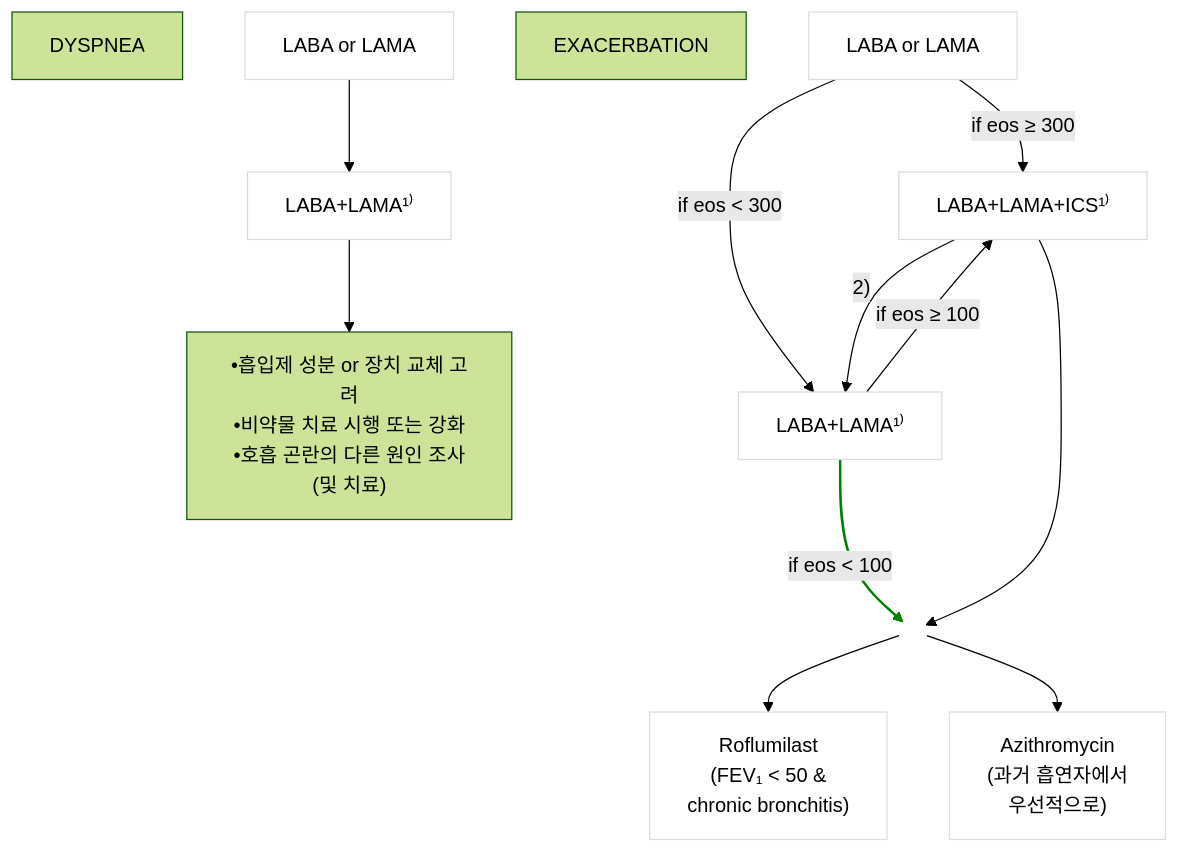
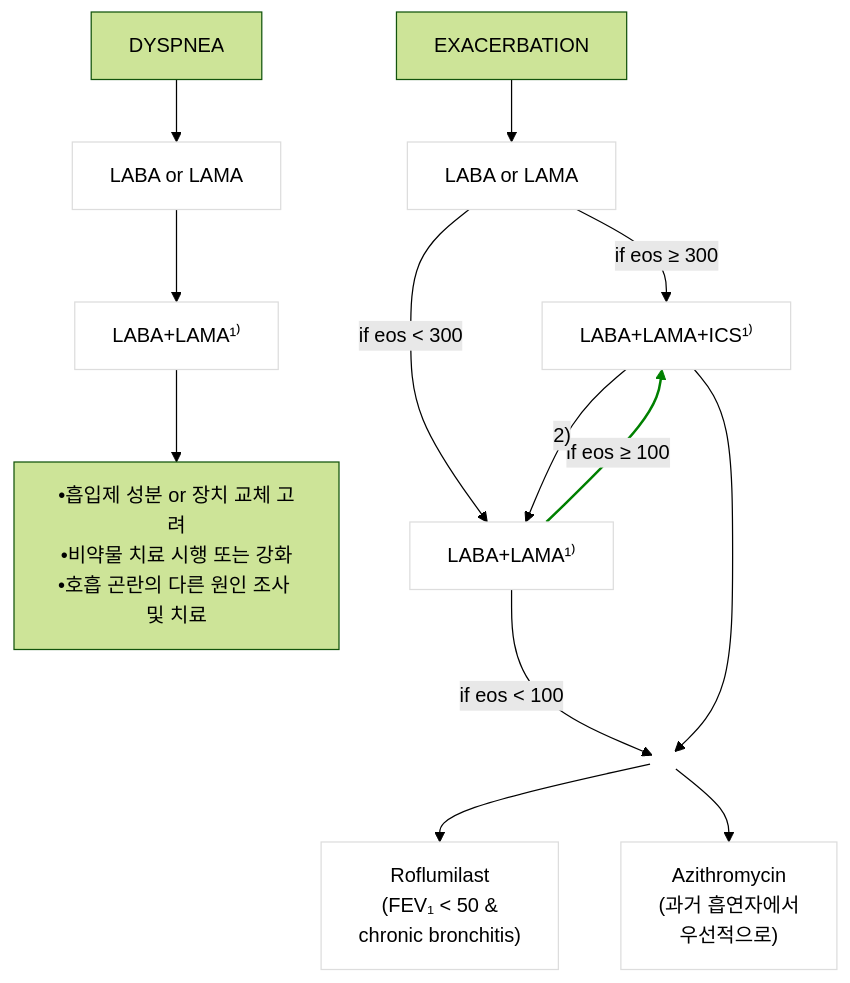
Before and after one commit to familyoh77/familyoh77: the second of 2 diagrams in 223_/072_-copd.md, drawn with Mermaid (forest theme). The commit also changed other lines of this file, not shown here.

````diff
--- a/223_/072_-copd.md
+++ b/223_/072_-copd.md
@@ -363,35 +331,32 @@
 ```mermaid
 graph TD
-%% DYSPNEA
-D0[DYSPNEA]
-        D1[LABA or LAMA] --> D2["LABA+LAMA¹⁾"]
-        D2 --> D3["•흡입제 성분 or 장치 교체 고려<br/>•비약물 치료 시행 또는 강화<br/>•호흡 곤란의 다른 원인 조사<br/>(및 치료)"]
+%% DYSPNEA pathway
+D0[DYSPNEA] --> D1[LABA or LAMA]
+    D1 --> D2["LABA+LAMA¹⁾"]
+    D2 --> D3["•흡입제 성분 or 장치 교체 고려<br/>•비약물 치료 시행 또는 강화<br/>•호흡 곤란의 다른 원인 조사 및 치료"]
 
-%% EXACERBATION
-E0[EXACERBATION ]
-        E1[LABA or LAMA]
-        E1 -- "if eos ≥ 300" --> E3["LABA+LAMA+ICS¹⁾"]
-        E1 -- "if eos < 300" --> E2["LABA+LAMA¹⁾"]
-        
-        E2 -- "if eos ≥ 100" --> E3
-        E3 -- "2)" --> E2
-        
-        E2 -- "if eos < 100" --> E4{ }
-        E3 --> E4
-        
-        E4 --> E5["Roflumilast<br/>(FEV₁ < 50 &<br/>chronic bronchitis)"]
-        E4 --> E6["Azithromycin<br/>(과거 흡연자에서<br/>우선적으로)"]
-   
-    %% 스타일 설정
-    style D1 fill:#fff,stroke:#ddd
-    style D2 fill:#fff,stroke:#ddd
-    style E1 fill:#fff,stroke:#ddd
-    style E2 fill:#fff,stroke:#ddd
-    style E3 fill:#fff,stroke:#ddd
-    style E5 fill:#fff,stroke:#ddd
-    style E6 fill:#fff,stroke:#ddd
-    style E4 fill:none,stroke:none
+%% EXACERBATION pathway
+E0[EXACERBATION] --> E1[LABA or LAMA]
+    E1 -- "if eos ≥ 300" --> E3["LABA+LAMA+ICS¹⁾"]
+    E1 -- "if eos < 300" --> E2["LABA+LAMA¹⁾"]
     
-    %% 연결선 스타일 (초록색 화살표 재현)
-    linkStyle 6 stroke:green,stroke-width:2px;
+    E2 -- "if eos ≥ 100" --> E3
+    E3 -- "2)" --> E2
+    
+    E2 -- "if eos < 100" --> E4{ }
+    E3 --> E4
+    
+    E4 --> E5["Roflumilast<br/>(FEV₁ < 50 &<br/>chronic bronchitis)"]
+    E4 --> E6["Azithromycin<br/>(과거 흡연자에서<br/>우선적으로)"]
+
+style D1 fill:#fff,stroke:#ddd
+style D2 fill:#fff,stroke:#ddd
+style E1 fill:#fff,stroke:#ddd
+style E2 fill:#fff,stroke:#ddd
+style E3 fill:#fff,stroke:#ddd
+style E5 fill:#fff,stroke:#ddd
+style E6 fill:#fff,stroke:#ddd
+style E4 fill:none,stroke:none
+
+linkStyle 6 stroke:green,stroke-width:2px;
 ```
````
